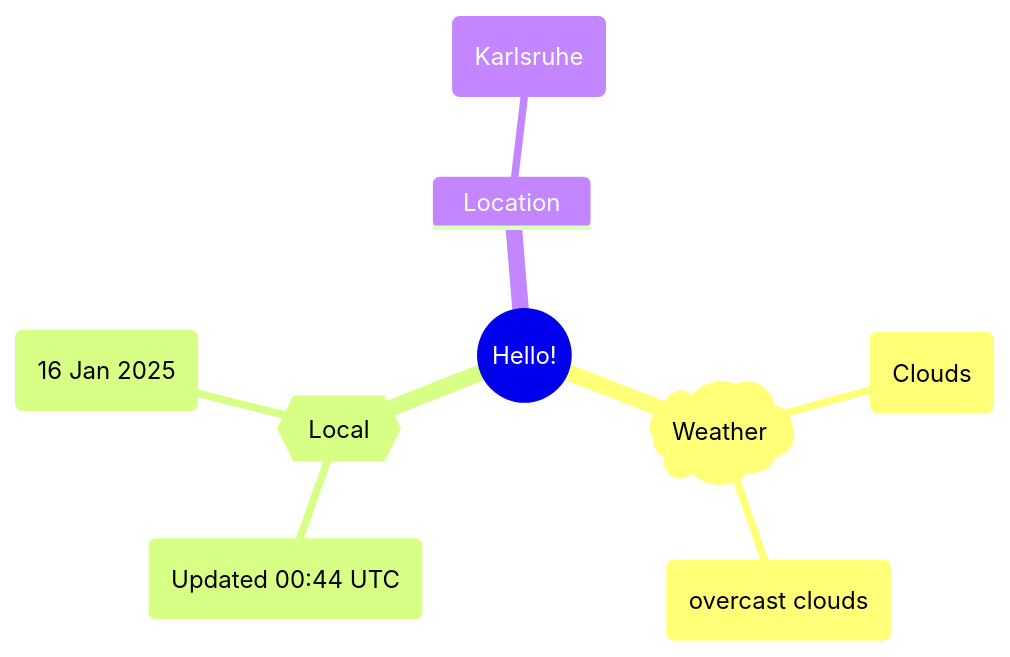
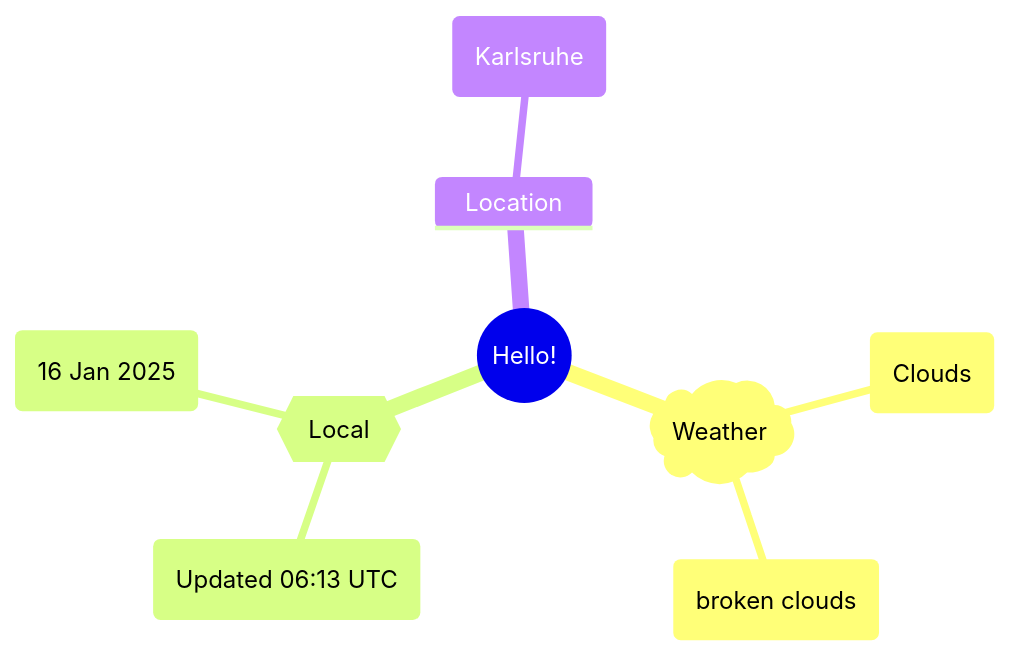
One commit to Xosrov/Xosrov changed the first of 2 diagrams in README.md. Above: the diagram before and after it, drawn with Mermaid.

Commit message:
[bot] updated images

````diff
--- a/README.md
+++ b/README.md
@@ -3,12 +3,12 @@
 ```mermaid
 mindmap
   root((Hello!))
     )Weather(
         (Clouds)
-        (overcast clouds)
+        (broken clouds)
     {{Local}}
-        (Updated 00:44 UTC)
+        (Updated 06:13 UTC)
         (16 Jan 2025)
     Location
         (Karlsruhe)
 ```
````
